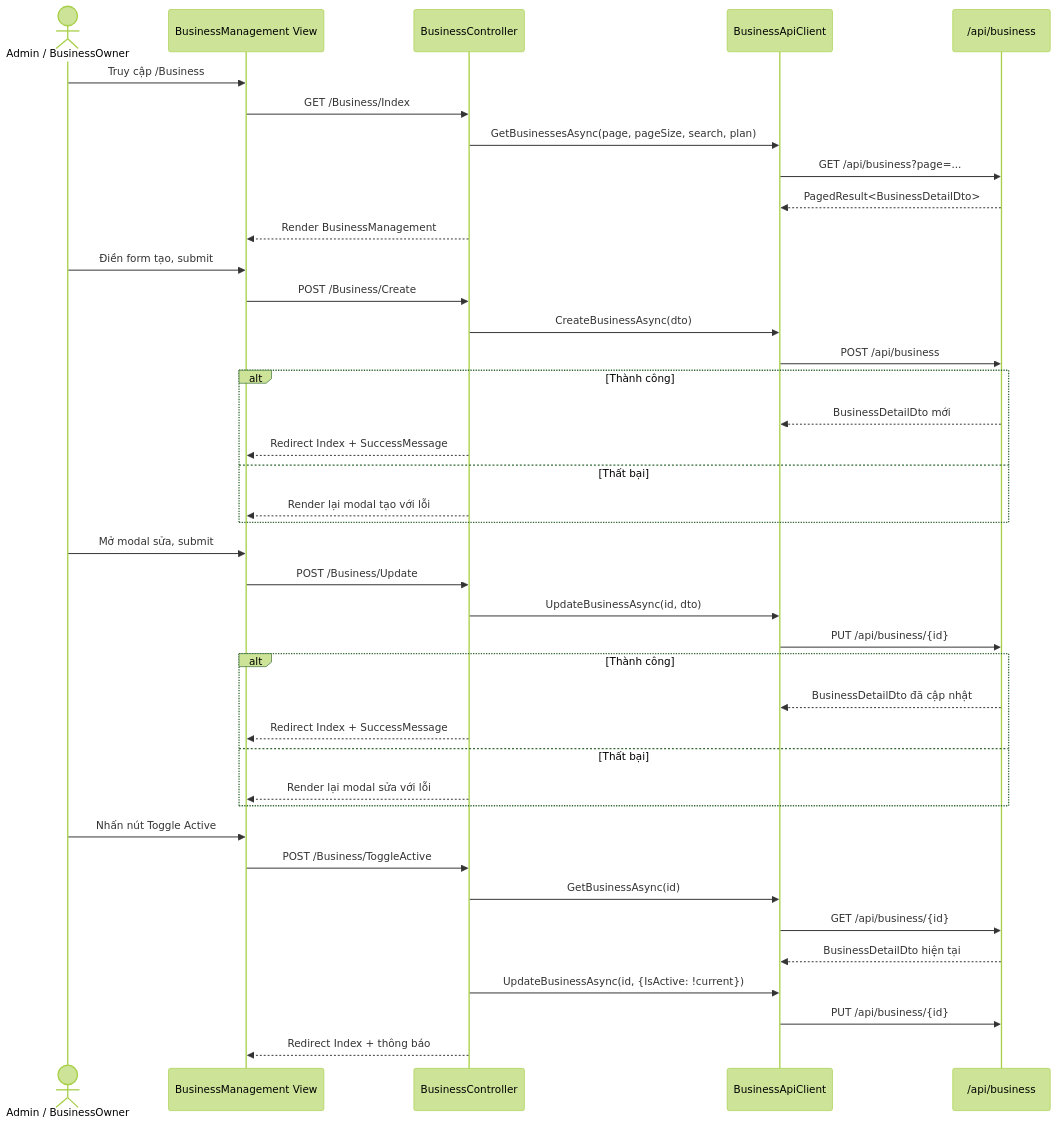
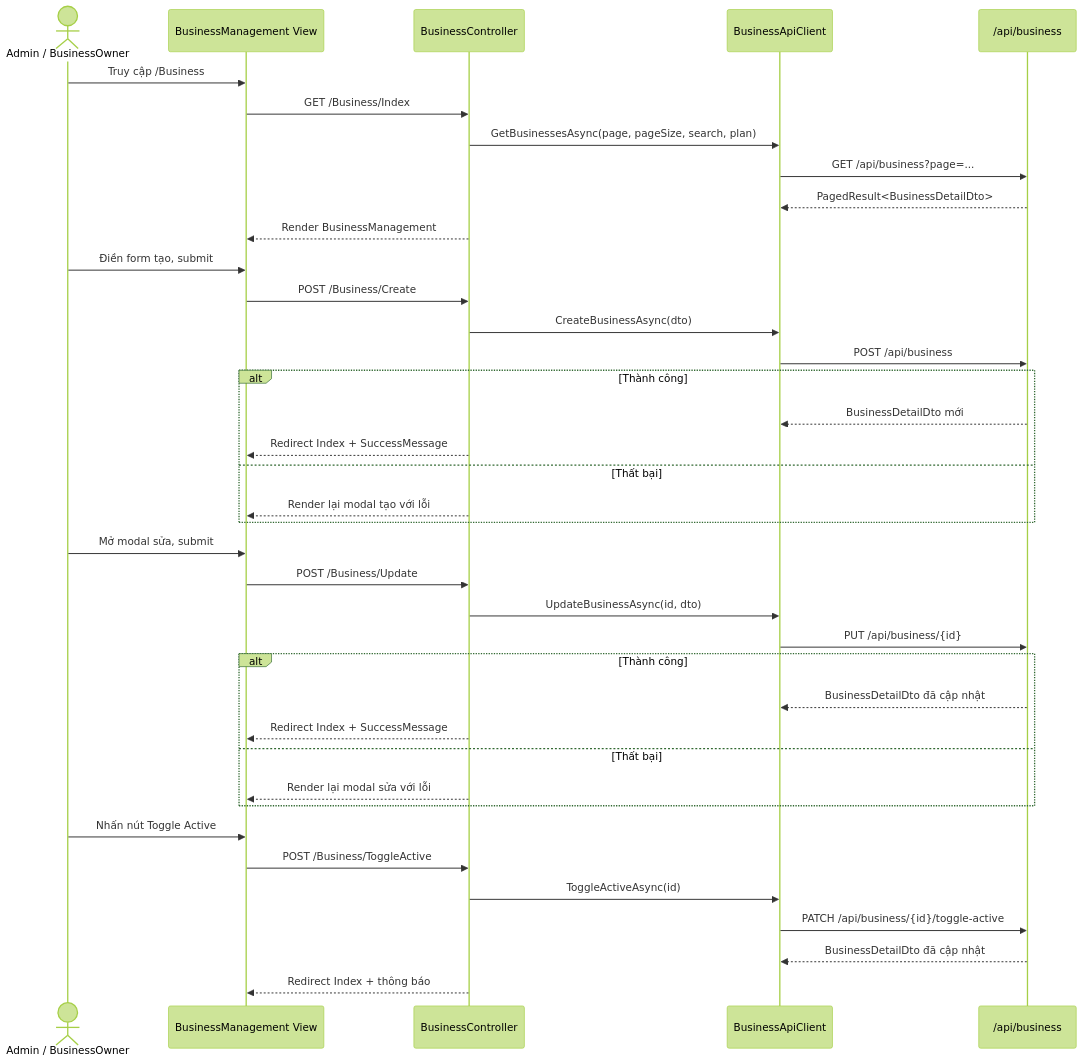
One commit to NguyenAlpha/LocateAndMultilingualNarration changed the fourth of 18 diagrams in Docs/Sequence Diagrams – Web Admin.md. Above: the diagram before and after it, drawn with Mermaid (forest theme). The commit also changed other lines of this file and 3 other files, not shown here.

````diff
--- a/Docs/Sequence Diagrams – Web Admin.md
+++ b/Docs/Sequence Diagrams – Web Admin.md
@@ -114,50 +108,48 @@
 ```mermaid
 sequenceDiagram
     actor USER as Admin / BusinessOwner
     participant VIEW as BusinessManagement View
     participant CTR as BusinessController
     participant SVC as BusinessApiClient
     participant API as /api/business
 
     %% Xem danh sách
     USER->>VIEW: Truy cập /Business
     VIEW->>CTR: GET /Business/Index
     CTR->>SVC: GetBusinessesAsync(page, pageSize, search, plan)
     SVC->>API: GET /api/business?page=...
     API-->>SVC: PagedResult<BusinessDetailDto>
     CTR-->>VIEW: Render BusinessManagement
 
     %% Tạo mới
     USER->>VIEW: Điền form tạo, submit
     VIEW->>CTR: POST /Business/Create
     CTR->>SVC: CreateBusinessAsync(dto)
     SVC->>API: POST /api/business
     alt Thành công
         API-->>SVC: BusinessDetailDto mới
         CTR-->>VIEW: Redirect Index + SuccessMessage
     else Thất bại
         CTR-->>VIEW: Render lại modal tạo với lỗi
     end
 
     %% Cập nhật
     USER->>VIEW: Mở modal sửa, submit
     VIEW->>CTR: POST /Business/Update
     CTR->>SVC: UpdateBusinessAsync(id, dto)
     SVC->>API: PUT /api/business/{id}
     alt Thành công
         API-->>SVC: BusinessDetailDto đã cập nhật
         CTR-->>VIEW: Redirect Index + SuccessMessage
     else Thất bại
         CTR-->>VIEW: Render lại modal sửa với lỗi
     end
 
     %% Kích hoạt / Vô hiệu hóa
     USER->>VIEW: Nhấn nút Toggle Active
     VIEW->>CTR: POST /Business/ToggleActive
-    CTR->>SVC: GetBusinessAsync(id)
-    SVC->>API: GET /api/business/{id}
-    API-->>SVC: BusinessDetailDto hiện tại
-    CTR->>SVC: UpdateBusinessAsync(id, {IsActive: !current})
-    SVC->>API: PUT /api/business/{id}
+    CTR->>SVC: ToggleActiveAsync(id)
+    SVC->>API: PATCH /api/business/{id}/toggle-active
+    API-->>SVC: BusinessDetailDto đã cập nhật
     CTR-->>VIEW: Redirect Index + thông báo
 ```
````
